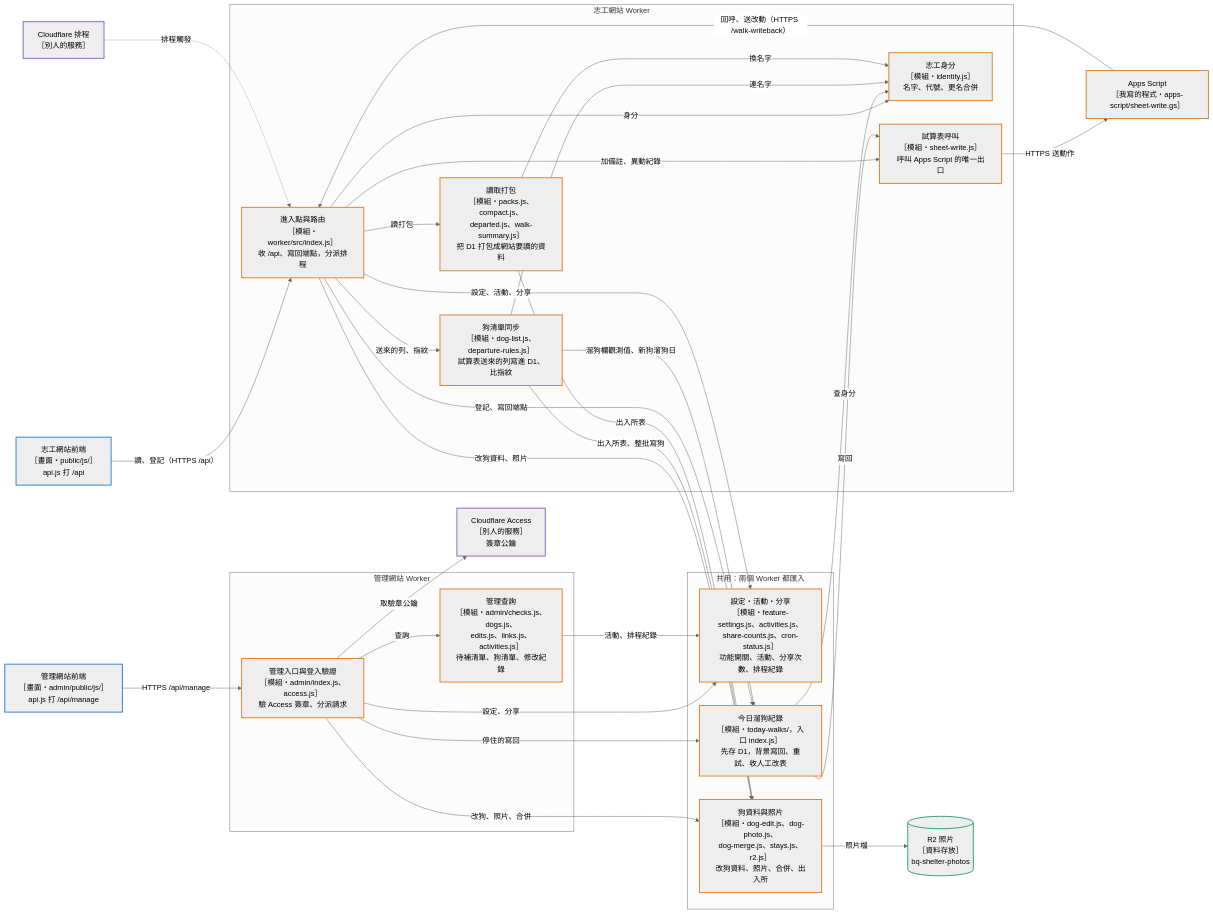
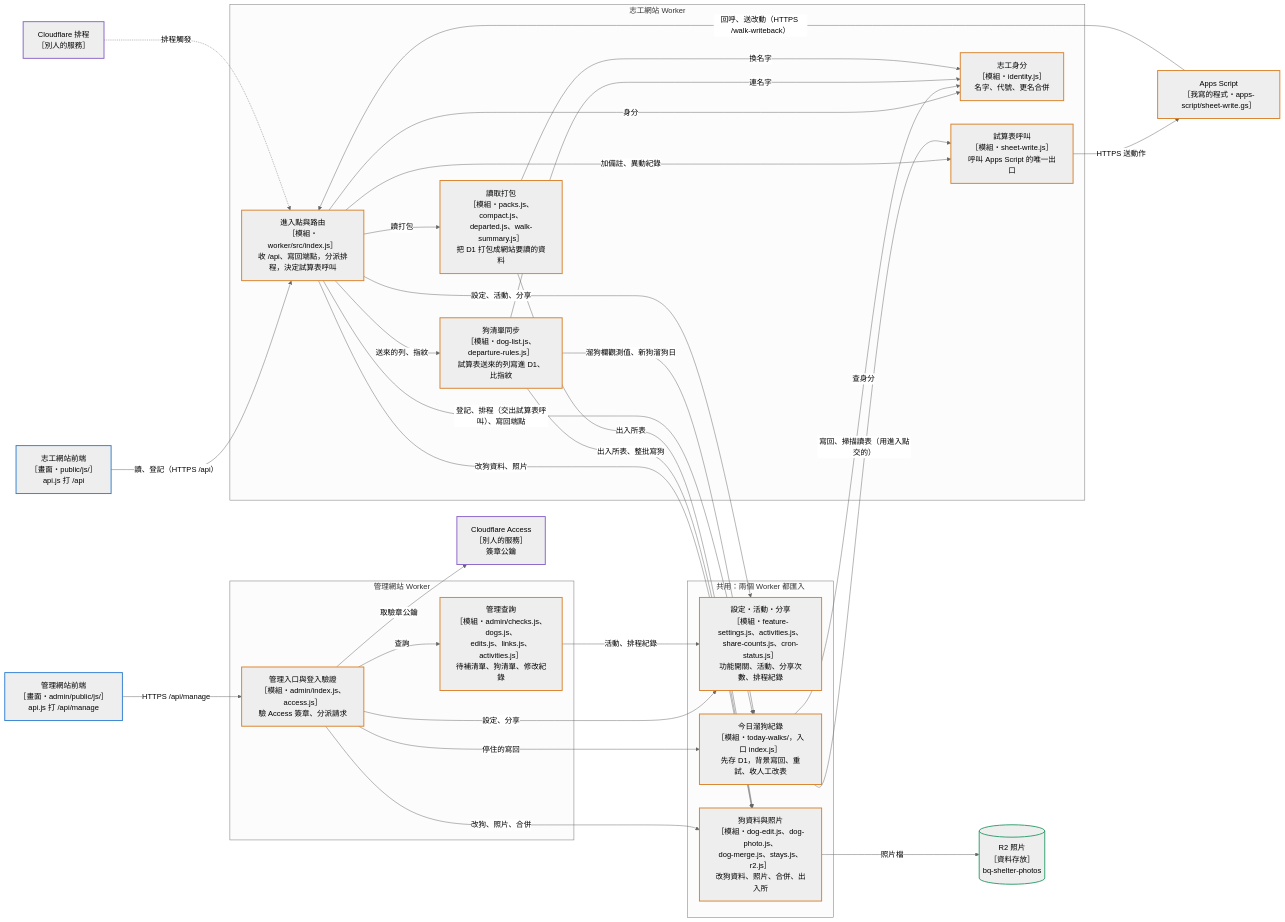
The fifth of 7 diagrams in docs/ARCHITECTURE.md (jiatsenK/bq-shelter-dogs), drawn with Mermaid (neutral theme) before and after one commit. The commit also changed other lines of this file and 22 other files, not shown here.

````diff
--- a/docs/ARCHITECTURE.md
+++ b/docs/ARCHITECTURE.md
@@ -263,62 +263,62 @@
 ```mermaid
 flowchart LR
   vfront["志工網站前端<br/>［畫面・public/js/］<br/>api.js 打 /api"]
   cron["Cloudflare 排程<br/>［別人的服務］"]
   gas["Apps Script<br/>［我寫的程式・apps-script/sheet-write.gs］"]
   afront["管理網站前端<br/>［畫面・admin/public/js/］<br/>api.js 打 /api/manage"]
   access["Cloudflare Access<br/>［別人的服務］<br/>簽章公鑰"]
   r2[("R2 照片<br/>［資料存放］<br/>bq-shelter-photos")]
   subgraph SHARED["共用：兩個 Worker 都匯入"]
     settings["設定・活動・分享<br/>［模組・feature-settings.js、activities.js、<br/>share-counts.js、cron-status.js］<br/>功能開關、活動、分享次數、排程紀錄"]
     dogdata["狗資料與照片<br/>［模組・dog-edit.js、dog-photo.js、<br/>dog-merge.js、stays.js、r2.js］<br/>改狗資料、照片、合併、出入所"]
     walk["今日溜狗紀錄<br/>［模組・today-walks/，入口 index.js］<br/>先存 D1，背景寫回、重試、收人工改表"]
   end
   subgraph VW["志工網站 Worker"]
-    entry["進入點與路由<br/>［模組・worker/src/index.js］<br/>收 /api、寫回端點，分派排程"]
+    entry["進入點與路由<br/>［模組・worker/src/index.js］<br/>收 /api、寫回端點，分派排程，決定試算表呼叫"]
     doglist["狗清單同步<br/>［模組・dog-list.js、departure-rules.js］<br/>試算表送來的列寫進 D1、比指紋"]
     packs["讀取打包<br/>［模組・packs.js、compact.js、<br/>departed.js、walk-summary.js］<br/>把 D1 打包成網站要讀的資料"]
     sheetcall["試算表呼叫<br/>［模組・sheet-write.js］<br/>呼叫 Apps Script 的唯一出口"]
     identity["志工身分<br/>［模組・identity.js］<br/>名字、代號、更名合併"]
   end
   subgraph AW["管理網站 Worker"]
     aentry["管理入口與登入驗證<br/>［模組・admin/index.js、access.js］<br/>驗 Access 簽章、分派請求"]
     aquery["管理查詢<br/>［模組・admin/checks.js、dogs.js、<br/>edits.js、links.js、activities.js］<br/>待補清單、狗清單、修改紀錄"]
   end
 
   vfront -->|讀、登記（HTTPS /api）| entry
   cron -.->|排程觸發| entry
   gas -->|回呼、送改動（HTTPS /walk-writeback）| entry
   afront -->|HTTPS /api/manage| aentry
-  entry -->|登記、寫回端點| walk
+  entry -->|登記、排程（交出試算表呼叫）、寫回端點| walk
   entry -->|送來的列、指紋| doglist
   entry -->|讀打包| packs
   entry -->|加備註、異動紀錄| sheetcall
   entry -->|身分| identity
   entry -->|設定、活動、分享| settings
   entry -->|改狗資料、照片| dogdata
   doglist -->|溜狗欄觀測值、新狗溜狗日| walk
-  walk -->|寫回| sheetcall
+  walk -->|寫回、掃描讀表（用進入點交的）| sheetcall
   walk -->|查身分| identity
   doglist -->|連名字| identity
   doglist -->|出入所表、整批寫狗| dogdata
   packs -->|換名字| identity
   packs -->|出入所表| dogdata
   sheetcall -->|HTTPS 送動作| gas
   dogdata -->|照片檔| r2
   aentry -->|查詢| aquery
   aentry -->|取驗章公鑰| access
   aentry -->|設定、分享| settings
   aentry -->|改狗、照片、合併| dogdata
   aentry -->|停住的寫回| walk
   aquery -->|活動、排程紀錄| settings
 
   class vfront,afront ui
   class entry,walk,doglist,packs,sheetcall,identity,aentry,aquery,settings,dogdata,gas code
   class r2 data
   class cron,access ext
   classDef person stroke:#5b6b78,stroke-width:2px
   classDef ui stroke:#2f7fd0,stroke-width:2px
   classDef code stroke:#d9822b,stroke-width:2px
   classDef data stroke:#2e9d6a,stroke-width:2px
   classDef ext stroke:#8a63c9,stroke-width:2px
 ```
````
